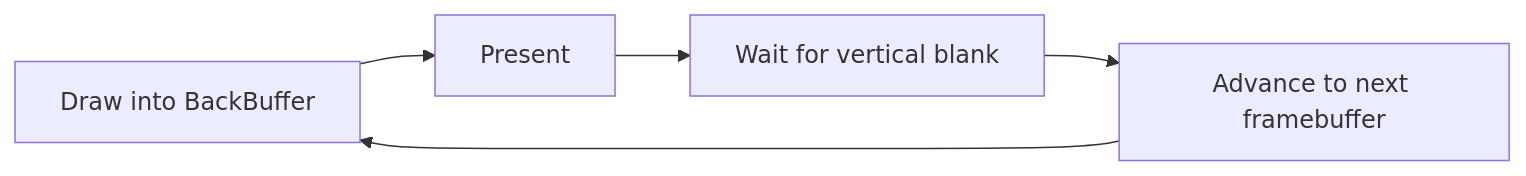
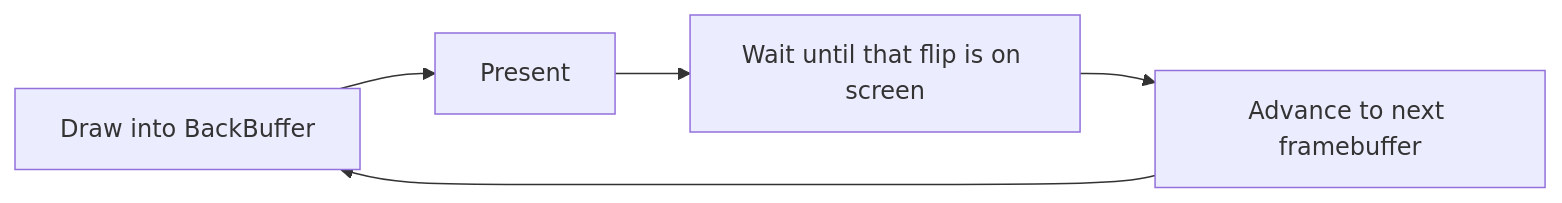
One commit to Gudui/SharpProspero changed the diagram in docs/graphics.md. Above: the diagram before and after it, drawn with Mermaid. The commit also changed other lines of this file and 163 other files, not shown here.

````diff
--- a/docs/graphics.md
+++ b/docs/graphics.md
@@ -44,7 +60,7 @@
 ```mermaid
 flowchart LR
   A[Draw into BackBuffer] --> B[Present]
-  B --> C[Wait for vertical blank]
+  B --> C[Wait until that flip is on screen]
   C --> D[Advance to next framebuffer]
   D --> A
 ```
````
